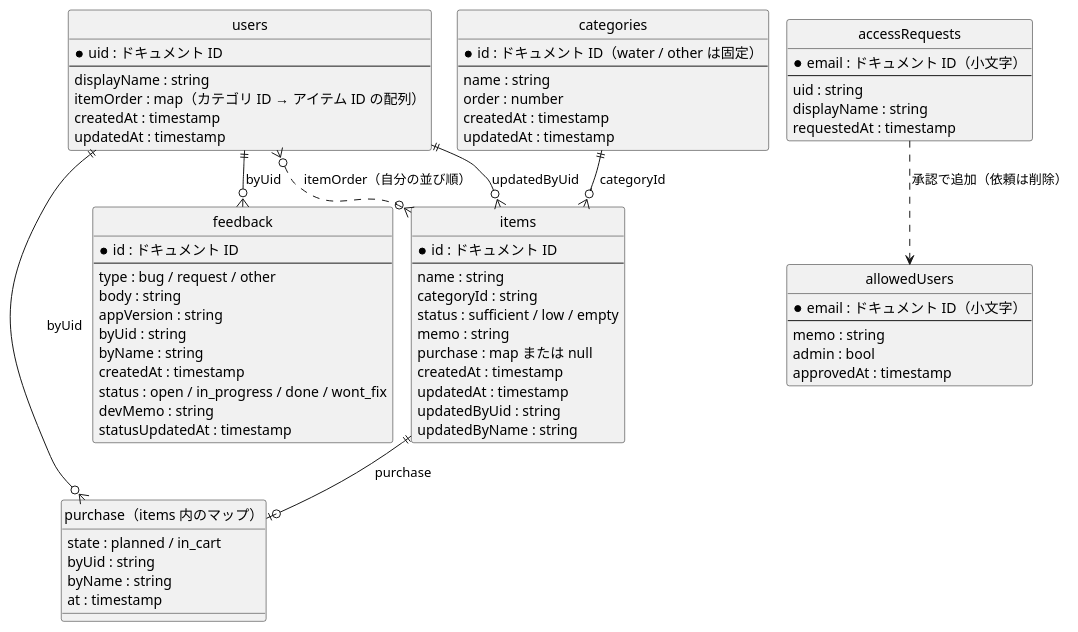
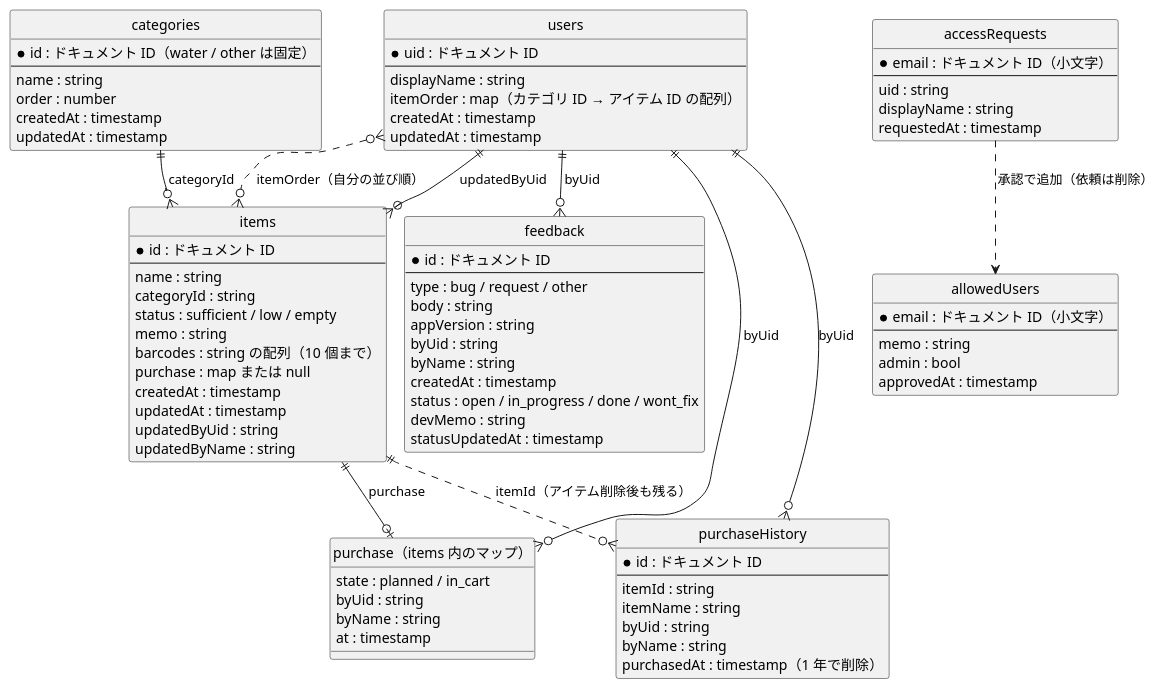
Before and after one commit to LASC-SINCE2015/LivingManager: the diagram in design/data/diagrams/er.puml, drawn with PlantUML. The commit also changed 53 other files, not shown here.

```diff
--- a/design/data/diagrams/er.puml
+++ b/design/data/diagrams/er.puml
@@ -1,83 +1,96 @@
 @startuml er
 !pragma layout smetana
 ' Firestore のコレクションの関係（ER 図）。purchase は items の中のマップ
 skinparam defaultFontName "Meiryo"
 hide circle
 
 entity "users" as users {
   * uid : ドキュメント ID
   --
   displayName : string
   itemOrder : map（カテゴリ ID → アイテム ID の配列）
   createdAt : timestamp
   updatedAt : timestamp
 }
 
 entity "categories" as categories {
   * id : ドキュメント ID（water / other は固定）
   --
   name : string
   order : number
   createdAt : timestamp
   updatedAt : timestamp
 }
 
 entity "items" as items {
   * id : ドキュメント ID
   --
   name : string
   categoryId : string
   status : sufficient / low / empty
   memo : string
+  barcodes : string の配列（10 個まで）
   purchase : map または null
   createdAt : timestamp
   updatedAt : timestamp
   updatedByUid : string
   updatedByName : string
 }
 
 entity "purchase（items 内のマップ）" as purchase {
   state : planned / in_cart
   byUid : string
   byName : string
   at : timestamp
+}
+
+entity "purchaseHistory" as purchaseHistory {
+  * id : ドキュメント ID
+  --
+  itemId : string
+  itemName : string
+  byUid : string
+  byName : string
+  purchasedAt : timestamp（1 年で削除）
 }
 
 entity "feedback" as feedback {
   * id : ドキュメント ID
   --
   type : bug / request / other
   body : string
   appVersion : string
   byUid : string
   byName : string
   createdAt : timestamp
   status : open / in_progress / done / wont_fix
   devMemo : string
   statusUpdatedAt : timestamp
 }
 
 entity "allowedUsers" as allowedUsers {
   * email : ドキュメント ID（小文字）
   --
   memo : string
   admin : bool
   approvedAt : timestamp
 }
 
 entity "accessRequests" as accessRequests {
   * email : ドキュメント ID（小文字）
   --
   uid : string
   displayName : string
   requestedAt : timestamp
 }
 
 categories ||--o{ items : categoryId
 accessRequests ..> allowedUsers : 承認で追加（依頼は削除）
 users ||--o{ feedback : byUid
 users ||--o{ items : updatedByUid
 items ||--o| purchase : purchase
 users ||--o{ purchase : byUid
 users }o..o{ items : itemOrder（自分の並び順）
+items ||..o{ purchaseHistory : itemId（アイテム削除後も残る）
+users ||--o{ purchaseHistory : byUid
 @enduml
```
